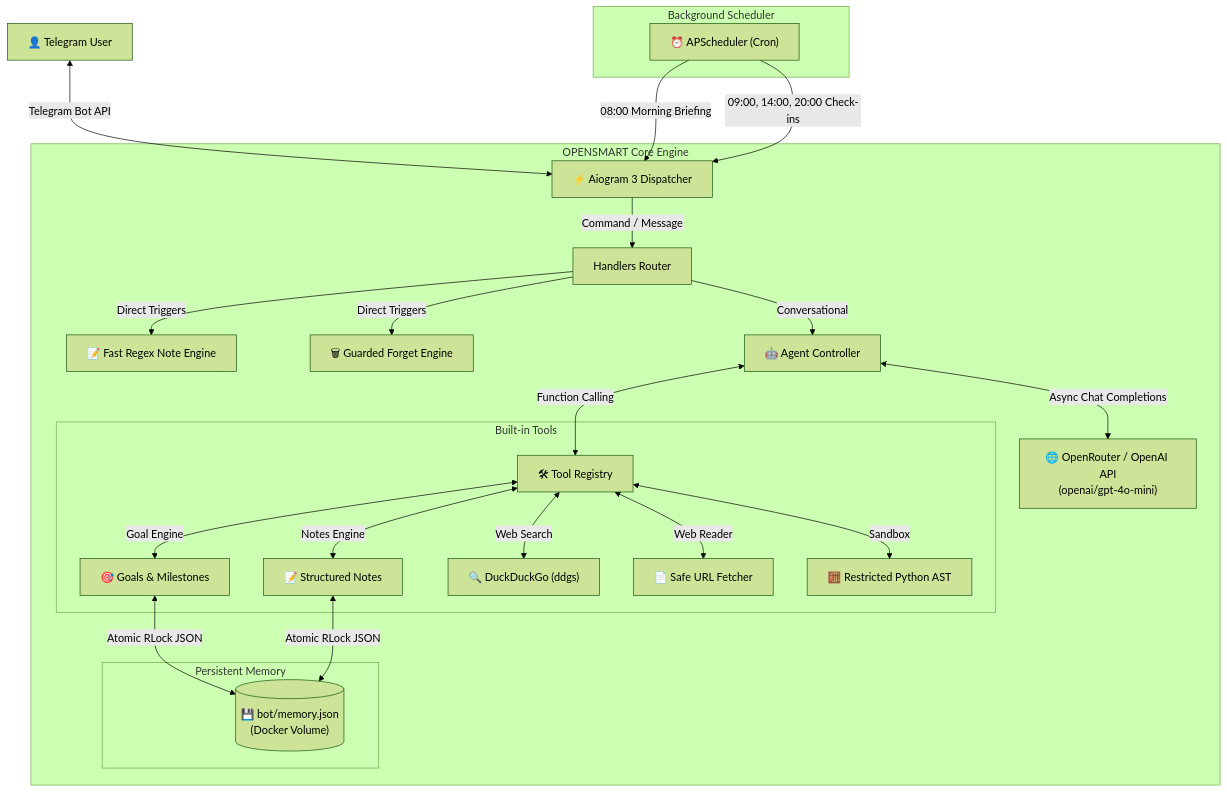
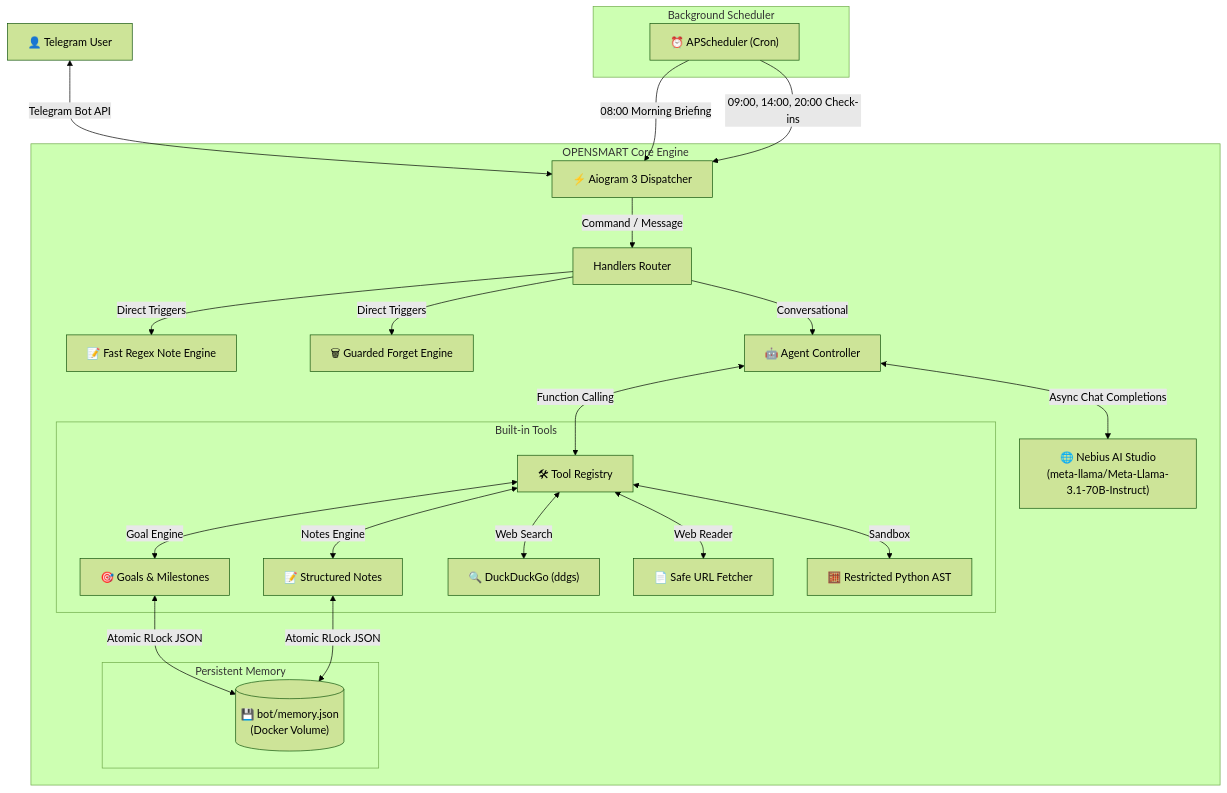
One commit to erbulanbombi-ux/OPENSMART changed the diagram in README.md. Above: the diagram before and after it, drawn with Mermaid (forest theme). The commit also changed other lines of this file, not shown here.

Commit message:
Update README for Nebius AI Studio

````diff
--- a/README.md
+++ b/README.md
@@ -199,32 +200,32 @@
 ```mermaid
 flowchart TD
     User["👤 Telegram User"] <-->|"Telegram Bot API"| Aiogram["⚡ Aiogram 3 Dispatcher"]
     
     subgraph Core ["OPENSMART Core Engine"]
         Aiogram -->|"Command / Message"| Router["Handlers Router"]
         Router -->|"Direct Triggers"| FastNotes["📝 Fast Regex Note Engine"]
         Router -->|"Direct Triggers"| FastForget["🗑 Guarded Forget Engine"]
         Router -->|"Conversational"| Agent["🤖 Agent Controller"]
         
-        Agent <-->|"Async Chat Completions"| Provider["🌐 OpenRouter / OpenAI API\n(openai/gpt-4o-mini)"]
+        Agent <-->|"Async Chat Completions"| Provider["🌐 Nebius AI Studio\n(meta-llama/Meta-Llama-3.1-70B-Instruct)"]
         Agent <-->|"Function Calling"| ToolRegistry["🛠 Tool Registry"]
         
         subgraph Tools ["Built-in Tools"]
             ToolRegistry <-->|"Goal Engine"| Goals["🎯 Goals & Milestones"]
             ToolRegistry <-->|"Notes Engine"| Notes["📝 Structured Notes"]
             ToolRegistry <-->|"Web Search"| Search["🔍 DuckDuckGo (ddgs)"]
             ToolRegistry <-->|"Web Reader"| Reader["📄 Safe URL Fetcher"]
             ToolRegistry <-->|"Sandbox"| PythonAST["🧮 Restricted Python AST"]
         end
         
         subgraph Storage ["Persistent Memory"]
             Goals <-->|"Atomic RLock JSON"| MemoryFile[("💾 bot/memory.json\n(Docker Volume)")]
             Notes <-->|"Atomic RLock JSON"| MemoryFile
         end
     end
     
     subgraph Scheduler ["Background Scheduler"]
         APScheduler["⏰ APScheduler (Cron)"] -->|"08:00 Morning Briefing"| Aiogram
         APScheduler -->|"09:00, 14:00, 20:00 Check-ins"| Aiogram
     end
 ```
````
